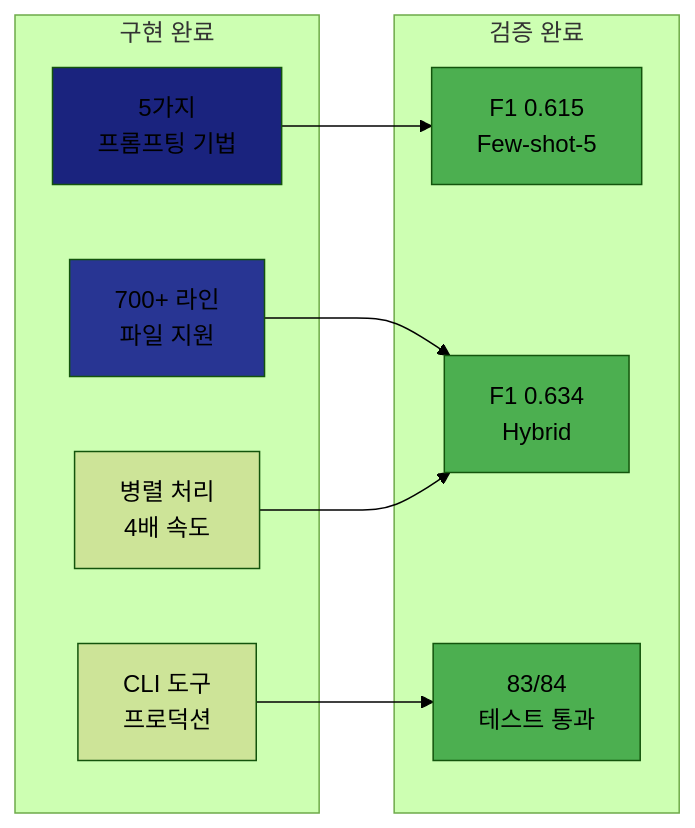
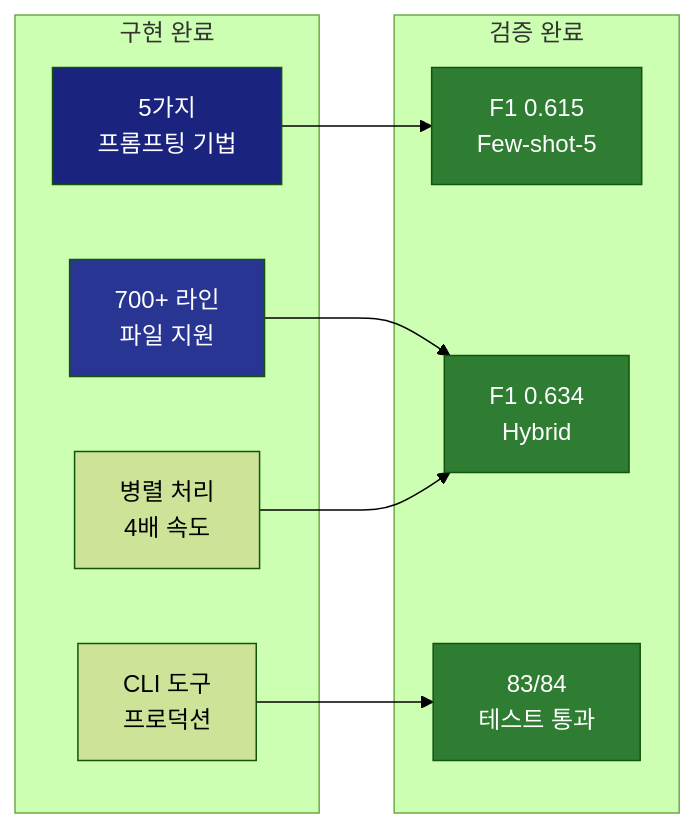
The sixth of 6 diagrams in docs/guides/getting-started/01-introduction.md (ApeachM/llm-code-reviewer), drawn with Mermaid (forest theme) before and after one commit. The commit also changed other lines of this file and 2 other files, not shown here.

First line of the commit message:
docs: Update Mermaid diagram colors for improved dark theme readability

````diff
--- a/docs/guides/getting-started/01-introduction.md
+++ b/docs/guides/getting-started/01-introduction.md
@@ -354,26 +354,26 @@
 ```mermaid
 graph LR
     subgraph "구현 완료"
         Tech1[5가지<br/>프롬프팅 기법]
         Tech2[700+ 라인<br/>파일 지원]
         Tech3[병렬 처리<br/>4배 속도]
         Tech4[CLI 도구<br/>프로덕션]
     end
 
     subgraph "검증 완료"
         Valid1[F1 0.615<br/>Few-shot-5]
         Valid2[F1 0.634<br/>Hybrid]
         Valid3[83/84<br/>테스트 통과]
     end
 
     Tech1 --> Valid1
     Tech2 --> Valid2
     Tech3 --> Valid2
     Tech4 --> Valid3
 
-    style Tech1 fill:#1a237e
-    style Tech2 fill:#283593
-    style Valid1 fill:#4caf50
-    style Valid2 fill:#4caf50
-    style Valid3 fill:#4caf50
+    style Tech1 fill:#1a237e,color:#fff
+    style Tech2 fill:#283593,color:#fff
+    style Valid1 fill:#2e7d32,color:#fff
+    style Valid2 fill:#2e7d32,color:#fff
+    style Valid3 fill:#2e7d32,color:#fff
 ```
````
